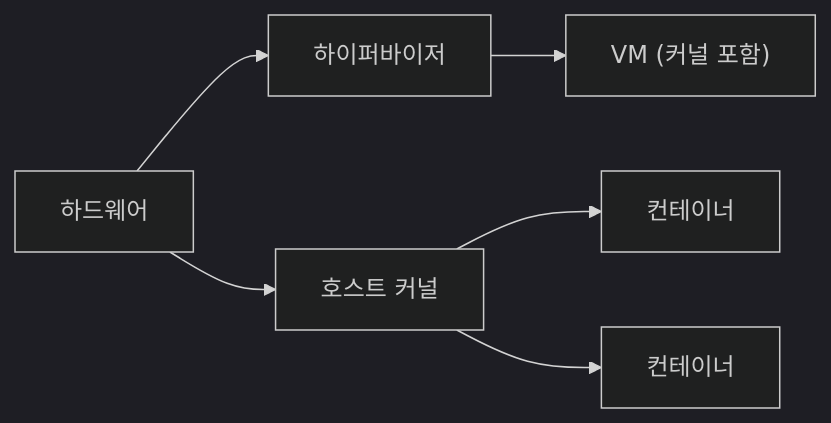
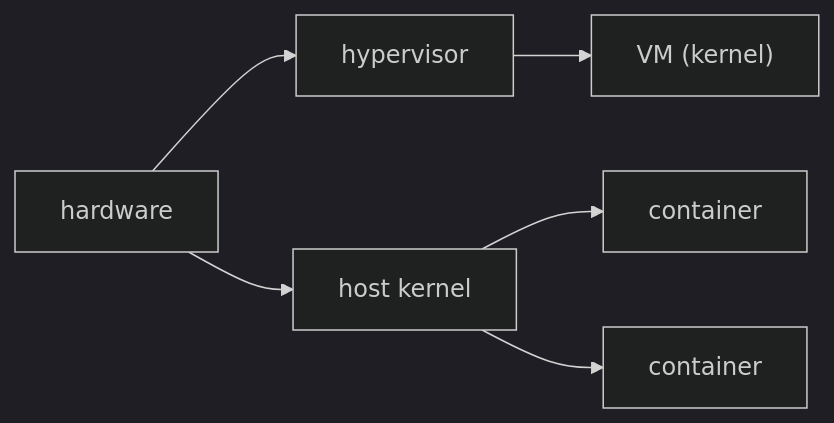
One commit to yeongseon-books/book-content changed the diagram in content/containers-101/ko/09-container-vs-vm.md. Above: the diagram before and after it, drawn with Mermaid (dark theme). The commit also changed other lines of this file and 9 other files, not shown here.

````diff
--- a/content/containers-101/ko/09-container-vs-vm.md
+++ b/content/containers-101/ko/09-container-vs-vm.md
@@ -47,8 +45,8 @@
 ```mermaid
 flowchart LR
-    HW["하드웨어"] --> Hyp["하이퍼바이저"]
-    Hyp --> VM1["VM (커널 포함)"]
-    HW --> Host["호스트 커널"]
-    Host --> C1["컨테이너"]
-    Host --> C2["컨테이너"]
+    HW["hardware"] --> Hyp["hypervisor"]
+    Hyp --> VM1["VM (kernel)"]
+    HW --> Host["host kernel"]
+    Host --> C1["container"]
+    Host --> C2["container"]
 ```
````
